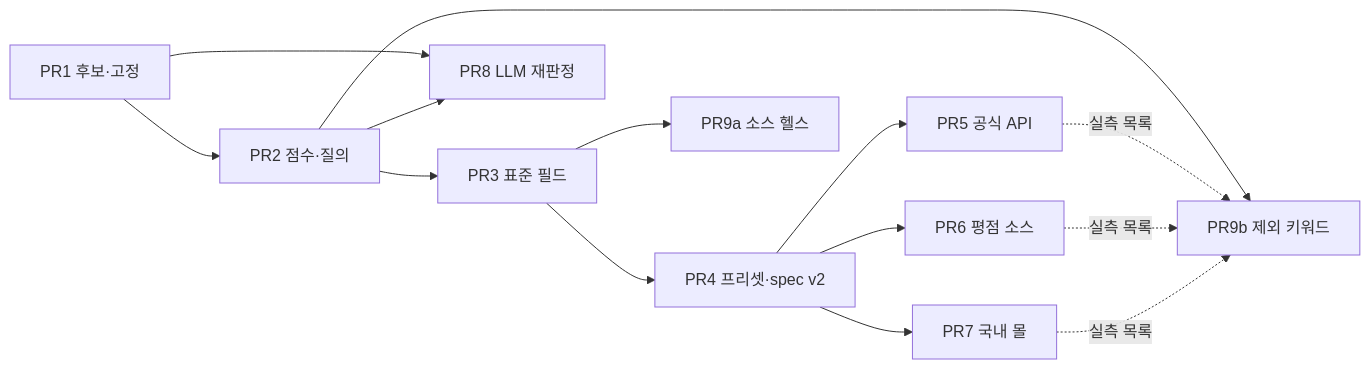
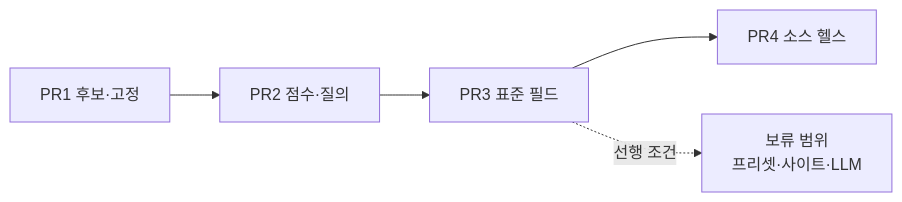
Before and after one commit to jihoon22-lee/SoolJang: the diagram in docs/plan-external-v2.md, drawn with Mermaid. The commit also changed other lines of this file and 2 other files, not shown here.

````diff
--- a/docs/plan-external-v2.md
+++ b/docs/plan-external-v2.md
@@ -74,16 +86,7 @@
 ```mermaid
 flowchart LR
     PR1[PR1 후보·고정] --> PR2[PR2 점수·질의]
     PR2 --> PR3[PR3 표준 필드]
-    PR3 --> PR4[PR4 프리셋·spec v2]
-    PR4 --> PR5[PR5 공식 API]
-    PR4 --> PR6[PR6 평점 소스]
-    PR4 --> PR7[PR7 국내 몰]
-    PR1 --> PR8[PR8 LLM 재판정]
-    PR2 --> PR8
-    PR3 --> PR9a[PR9a 소스 헬스]
-    PR2 --> PR9b[PR9b 제외 키워드]
-    PR5 -.실측 목록.-> PR9b
-    PR6 -.실측 목록.-> PR9b
-    PR7 -.실측 목록.-> PR9b
+    PR3 --> PR4[PR4 소스 헬스]
+    PR3 -.선행 조건.-> D[보류 범위<br/>프리셋·사이트·LLM]
 ```
````
